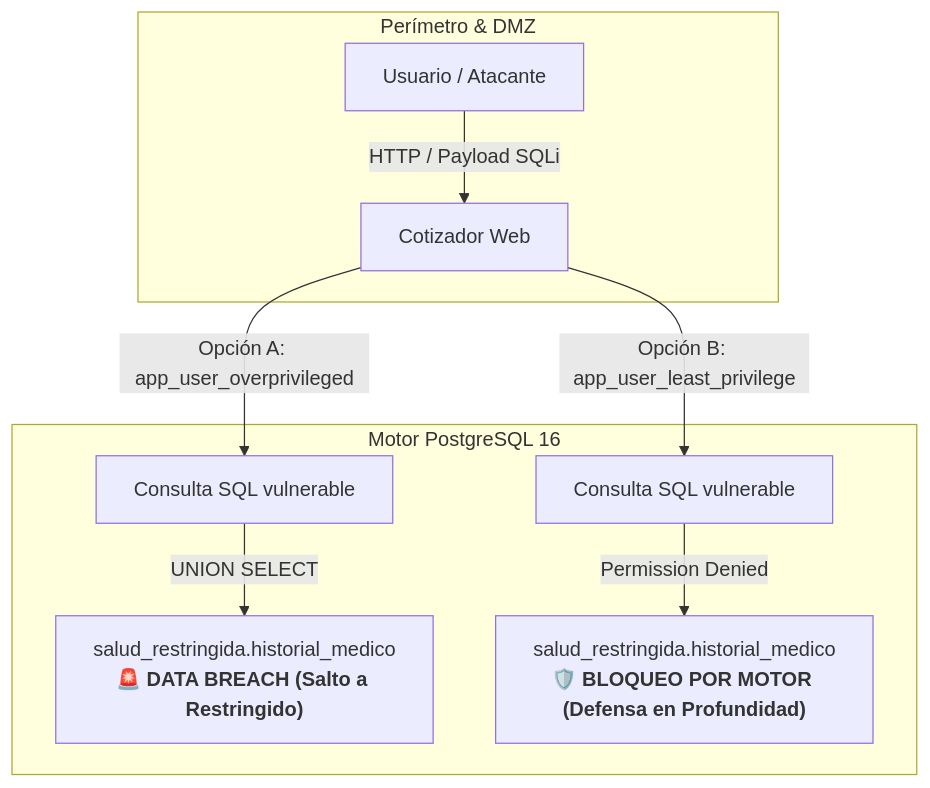
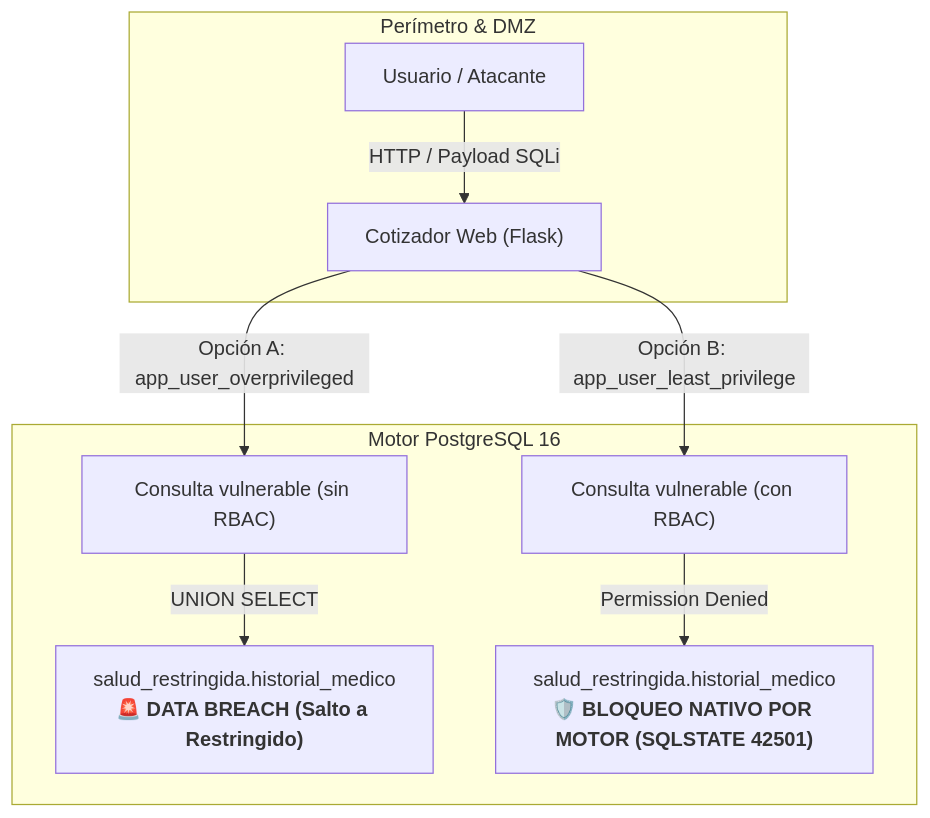
Before and after one commit to SantiagoDandrea/data-protection-compliance: the diagram in README.md, drawn with Mermaid. The commit also changed other lines of this file, not shown here.

````diff
--- a/README.md
+++ b/README.md
@@ -29,14 +69,14 @@
 ```mermaid
 flowchart TD
     subgraph Entrada ["Perímetro & DMZ"]
-        USR["Usuario / Atacante"] -->|HTTP / Payload SQLi| API["Cotizador Web"]
+        USR["Usuario / Atacante"] -->|HTTP / Payload SQLi| API["Cotizador Web (Flask)"]
     end
 
     subgraph Base_Datos ["Motor PostgreSQL 16"]
-        API -->|Opción A: app_user_overprivileged| DB_VULN["Consulta SQL vulnerable"]
+        API -->|Opción A: app_user_overprivileged| DB_VULN["Consulta vulnerable (sin RBAC)"]
         DB_VULN -->|UNION SELECT| HEALTH["salud_restringida.historial_medico<br/><b>🚨 DATA BREACH (Salto a Restringido)</b>"]
 
-        API -->|Opción B: app_user_least_privilege| DB_SEC["Consulta SQL vulnerable"]
-        DB_SEC -->|Permission Denied| HEALTH_BLOCKED["salud_restringida.historial_medico<br/><b>🛡️ BLOQUEO POR MOTOR (Defensa en Profundidad)</b>"]
+        API -->|Opción B: app_user_least_privilege| DB_SEC["Consulta vulnerable (con RBAC)"]
+        DB_SEC -->|Permission Denied| HEALTH_BLOCKED["salud_restringida.historial_medico<br/><b>🛡️ BLOQUEO NATIVO POR MOTOR (SQLSTATE 42501)</b>"]
     end
 ```
````
